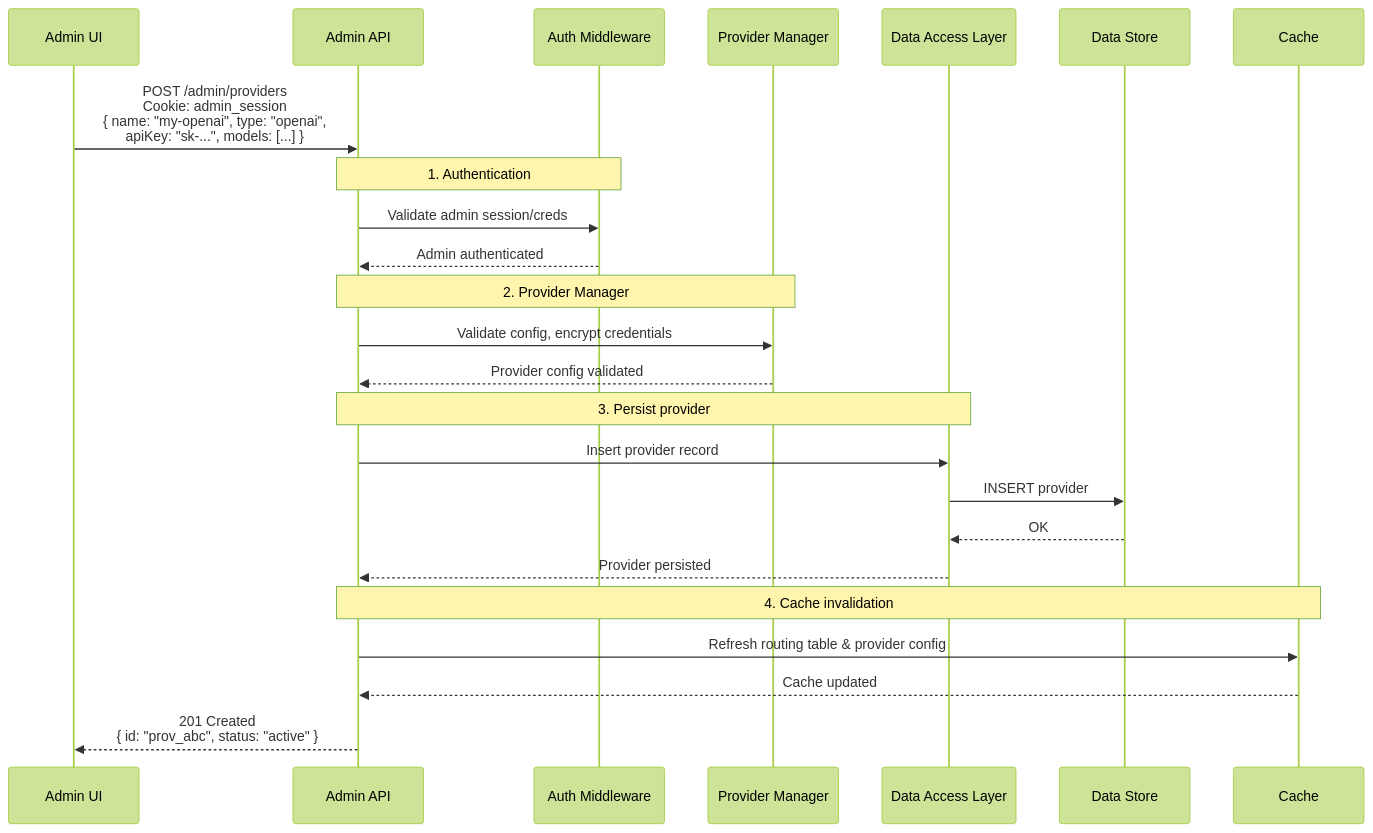
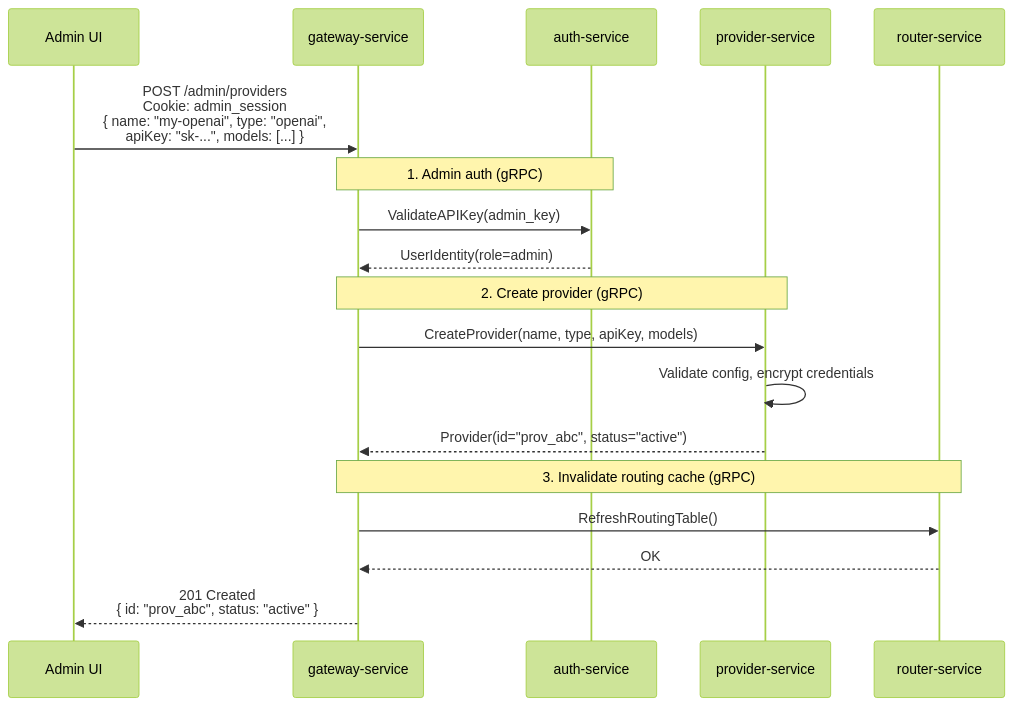
The fifth of 7 diagrams in docs/architecture_design.md (xiaozhaolhg/ai-api-gateway), drawn with Mermaid (forest theme) before and after one commit. The commit also changed other lines of this file and 19 other files, not shown here.

````diff
--- a/docs/architecture_design.md
+++ b/docs/architecture_design.md
@@ -289,32 +650,25 @@
 ```mermaid
 sequenceDiagram
     participant UI as Admin UI
-    participant GW as Admin API
-    participant Auth as Auth Middleware
-    participant PM as Provider Manager
-    participant DAL as Data Access Layer
-    participant Store as Data Store
-    participant Cache as Cache
+    participant GW as gateway-service
+    participant Auth as auth-service
+    participant Provider as provider-service
+    participant Router as router-service
 
     UI->>GW: POST /admin/providers<br/>Cookie: admin_session<br/>{ name: "my-openai", type: "openai",<br/>  apiKey: "sk-...", models: [...] }
 
-    Note over GW,Auth: 1. Authentication
-    GW->>Auth: Validate admin session/creds
-    Auth-->>GW: Admin authenticated
+    Note over GW,Auth: 1. Admin auth (gRPC)
+    GW->>Auth: ValidateAPIKey(admin_key)
+    Auth-->>GW: UserIdentity(role=admin)
 
-    Note over GW,PM: 2. Provider Manager
-    GW->>PM: Validate config, encrypt credentials
-    PM-->>GW: Provider config validated
+    Note over GW,Provider: 2. Create provider (gRPC)
+    GW->>Provider: CreateProvider(name, type, apiKey, models)
+    Provider->>Provider: Validate config, encrypt credentials
+    Provider-->>GW: Provider(id="prov_abc", status="active")
 
-    Note over GW,DAL: 3. Persist provider
-    GW->>DAL: Insert provider record
-    DAL->>Store: INSERT provider
-    Store-->>DAL: OK
-    DAL-->>GW: Provider persisted
-
-    Note over GW,Cache: 4. Cache invalidation
-    GW->>Cache: Refresh routing table & provider config
-    Cache-->>GW: Cache updated
+    Note over GW,Router: 3. Invalidate routing cache (gRPC)
+    GW->>Router: RefreshRoutingTable()
+    Router-->>GW: OK
 
     GW-->>UI: 201 Created<br/>{ id: "prov_abc", status: "active" }
 ```
````
